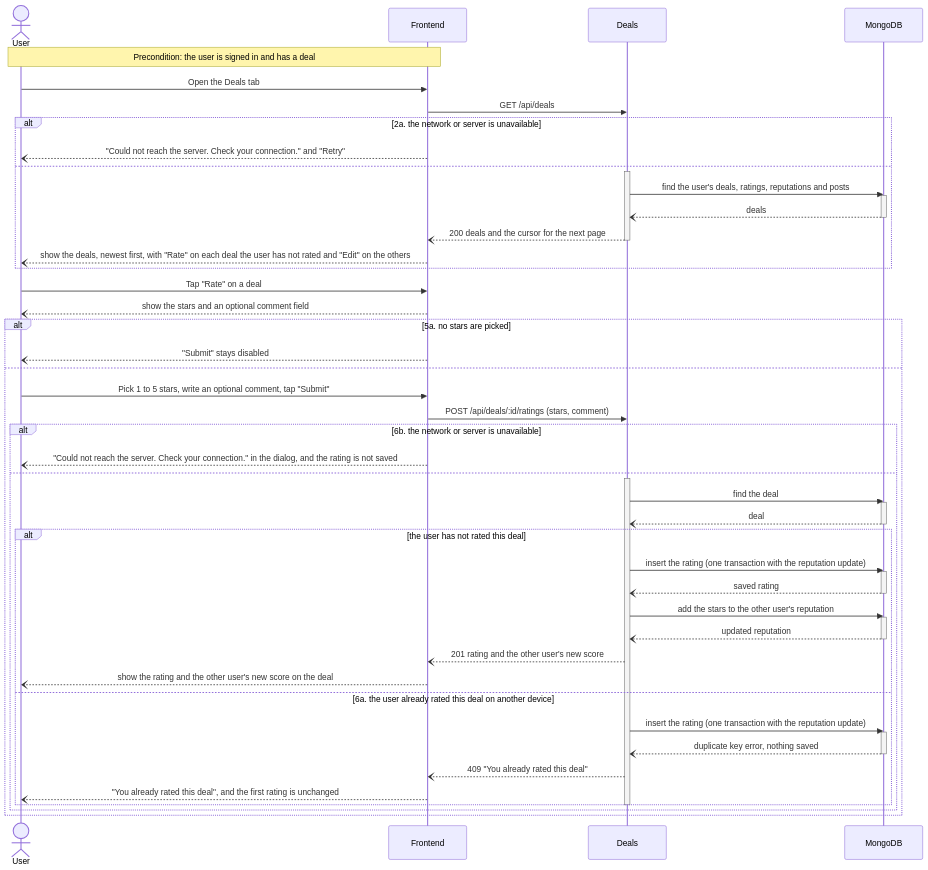
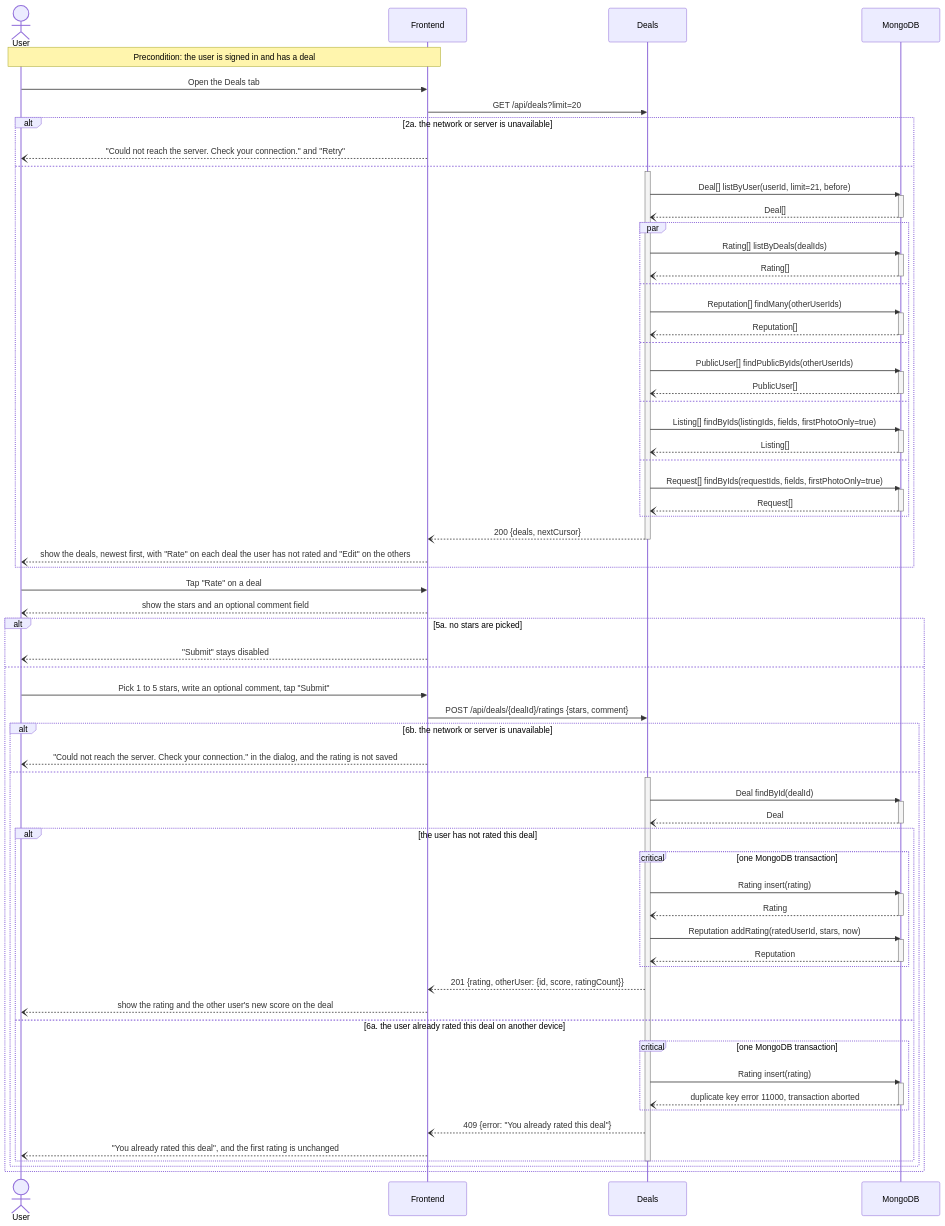
One commit to m1lun/MatchMarket changed the third of 6 diagrams in documentation/Requirements_and_Design.md. Above: the diagram before and after it, drawn with Mermaid. The commit also changed other lines of this file and 2 other files, not shown here.

First line of the commit message:
docs: show interfaces instead of descriptions in the sequence diagrams (#243)

```diff
--- a/documentation/Requirements_and_Design.md
+++ b/documentation/Requirements_and_Design.md
@@ -609,16 +648,42 @@
     participant DB as MongoDB
     Note over U,FE: Precondition: the user is signed in and has a deal
     U->>FE: Open the Deals tab
-    FE->>D: GET /api/deals
+    FE->>D: GET /api/deals?limit=20
     alt 2a. the network or server is unavailable
         FE--)U: "Could not reach the server. Check your connection." and "Retry"
     else
         activate D
-        D->>DB: find the user's deals, ratings, reputations and posts
+        D->>DB: Deal[] listByUser(userId, limit=21, before)
         activate DB
-        DB--)D: deals
+        DB--)D: Deal[]
         deactivate DB
-        D--)FE: 200 deals and the cursor for the next page
+        par
+            D->>DB: Rating[] listByDeals(dealIds)
+            activate DB
+            DB--)D: Rating[]
+            deactivate DB
+        and
+            D->>DB: Reputation[] findMany(otherUserIds)
+            activate DB
+            DB--)D: Reputation[]
+            deactivate DB
+        and
+            D->>DB: PublicUser[] findPublicByIds(otherUserIds)
+            activate DB
+            DB--)D: PublicUser[]
+            deactivate DB
+        and
+            D->>DB: Listing[] findByIds(listingIds, fields, firstPhotoOnly=true)
+            activate DB
+            DB--)D: Listing[]
+            deactivate DB
+        and
+            D->>DB: Request[] findByIds(requestIds, fields, firstPhotoOnly=true)
+            activate DB
+            DB--)D: Request[]
+            deactivate DB
+        end
+        D--)FE: 200 {deals, nextCursor}
         deactivate D
         FE--)U: show the deals, newest first, with "Rate" on each deal the user has not rated and "Edit" on the others
     end
@@ -628,32 +693,36 @@
         FE--)U: "Submit" stays disabled
     else
         U->>FE: Pick 1 to 5 stars, write an optional comment, tap "Submit"
-        FE->>D: POST /api/deals/:id/ratings (stars, comment)
+        FE->>D: POST /api/deals/{dealId}/ratings {stars, comment}
         alt 6b. the network or server is unavailable
             FE--)U: "Could not reach the server. Check your connection." in the dialog, and the rating is not saved
         else
             activate D
-            D->>DB: find the deal
+            D->>DB: Deal findById(dealId)
             activate DB
-            DB--)D: deal
+            DB--)D: Deal
             deactivate DB
             alt the user has not rated this deal
-                D->>DB: insert the rating (one transaction with the reputation update)
-                activate DB
-                DB--)D: saved rating
-                deactivate DB
-                D->>DB: add the stars to the other user's reputation
-                activate DB
-                DB--)D: updated reputation
-                deactivate DB
-                D--)FE: 201 rating and the other user's new score
+                critical one MongoDB transaction
+                    D->>DB: Rating insert(rating)
+                    activate DB
+                    DB--)D: Rating
+                    deactivate DB
+                    D->>DB: Reputation addRating(ratedUserId, stars, now)
+                    activate DB
+                    DB--)D: Reputation
+                    deactivate DB
+                end
+                D--)FE: 201 {rating, otherUser: {id, score, ratingCount}}
                 FE--)U: show the rating and the other user's new score on the deal
             else 6a. the user already rated this deal on another device
-                D->>DB: insert the rating (one transaction with the reputation update)
-                activate DB
-                DB--)D: duplicate key error, nothing saved
-                deactivate DB
-                D--)FE: 409 "You already rated this deal"
+                critical one MongoDB transaction
+                    D->>DB: Rating insert(rating)
+                    activate DB
+                    DB--)D: duplicate key error 11000, transaction aborted
+                    deactivate DB
+                end
+                D--)FE: 409 {error: "You already rated this deal"}
                 FE--)U: "You already rated this deal", and the first rating is unchanged
             end
             deactivate D
```
